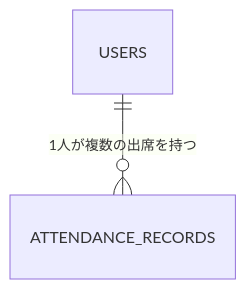
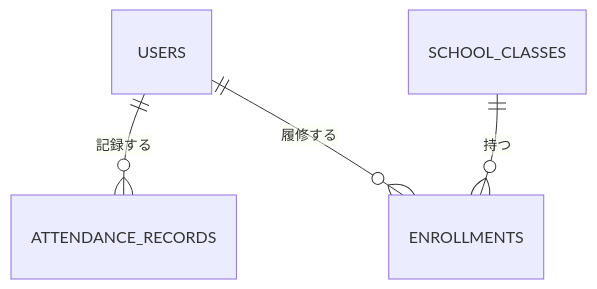
Before and after one commit to syusyusyusyu/Attendance: the third of 5 diagrams in 解説.md, drawn with Mermaid. The commit also changed other lines of this file, not shown here.

````diff
--- a/解説.md
+++ b/解説.md
@@ -386,4 +946,6 @@
 ```mermaid
 erDiagram
-  USERS ||--o{ ATTENDANCE_RECORDS : "1人が複数の出席を持つ"
+  USERS ||--o{ ATTENDANCE_RECORDS : "記録する"
+  USERS ||--o{ ENROLLMENTS : "履修する"
+  SCHOOL_CLASSES ||--o{ ENROLLMENTS : "持つ"
 ```
````
